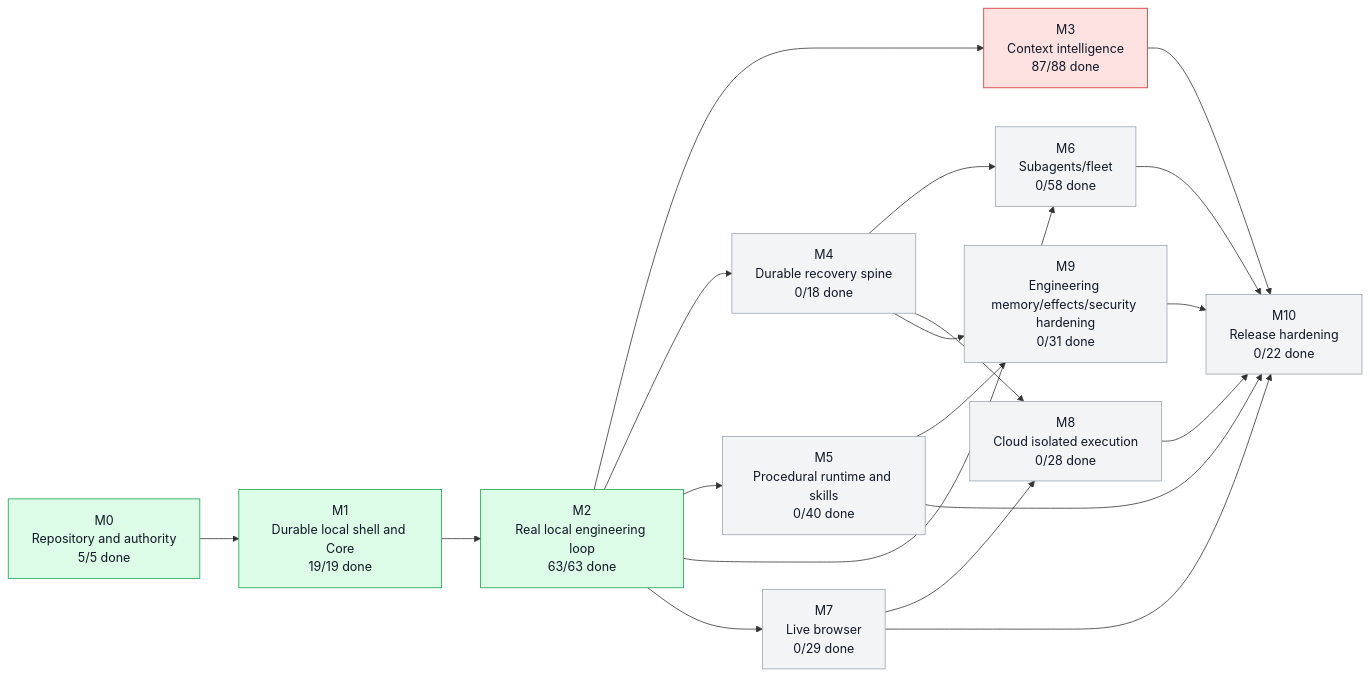
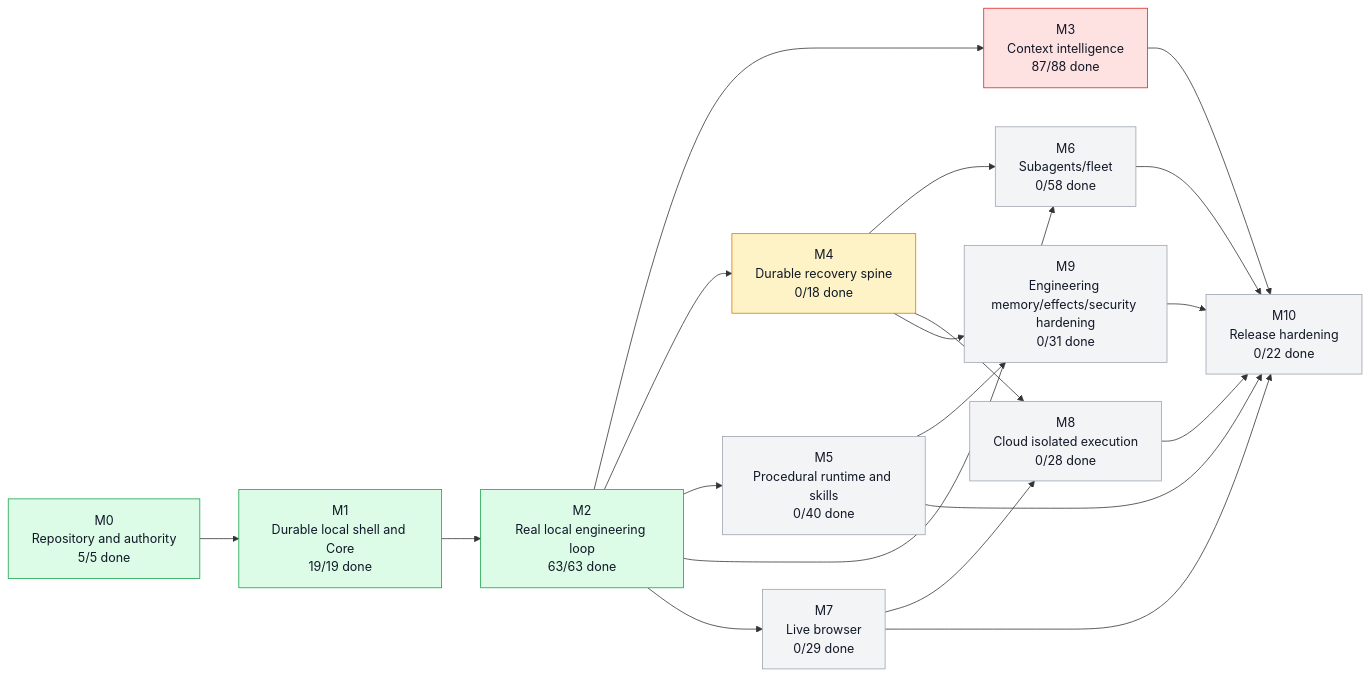
The first of 5 diagrams in graph/PROJECT_GRAPH.md (moss101/modbit), drawn with Mermaid before and after one commit. The commit also changed other lines of this file and 39 other files, not shown here.

````diff
--- a/graph/PROJECT_GRAPH.md
+++ b/graph/PROJECT_GRAPH.md
@@ -57,43 +57,43 @@
 ```mermaid
 flowchart LR
   M0["M0<br/>Repository and authority<br/>5/5 done"]
   M1["M1<br/>Durable local shell and Core<br/>19/19 done"]
   M2["M2<br/>Real local engineering loop<br/>63/63 done"]
   M3["M3<br/>Context intelligence<br/>87/88 done"]
   M4["M4<br/>Durable recovery spine<br/>0/18 done"]
   M5["M5<br/>Procedural runtime and skills<br/>0/40 done"]
   M6["M6<br/>Subagents/fleet<br/>0/58 done"]
   M7["M7<br/>Live browser<br/>0/29 done"]
   M8["M8<br/>Cloud isolated execution<br/>0/28 done"]
   M9["M9<br/>Engineering memory/effects/security hardening<br/>0/31 done"]
   M10["M10<br/>Release hardening<br/>0/22 done"]
   M0 --> M1
   M1 --> M2
   M2 --> M3
   M2 --> M4
   M2 --> M5
   M2 --> M6
   M4 --> M6
   M2 --> M7
   M4 --> M8
   M7 --> M8
   M4 --> M9
   M5 --> M9
   M3 --> M10
   M5 --> M10
   M6 --> M10
   M7 --> M10
   M8 --> M10
   M9 --> M10
   style M0 fill:#dcfce7,stroke:#16a34a,color:#111827
   style M1 fill:#dcfce7,stroke:#16a34a,color:#111827
   style M2 fill:#dcfce7,stroke:#16a34a,color:#111827
   style M3 fill:#fee2e2,stroke:#dc2626,color:#111827
-  style M4 fill:#f3f4f6,stroke:#9ca3af,color:#111827
+  style M4 fill:#fef3c7,stroke:#d97706,color:#111827
   style M5 fill:#f3f4f6,stroke:#9ca3af,color:#111827
   style M6 fill:#f3f4f6,stroke:#9ca3af,color:#111827
   style M7 fill:#f3f4f6,stroke:#9ca3af,color:#111827
   style M8 fill:#f3f4f6,stroke:#9ca3af,color:#111827
   style M9 fill:#f3f4f6,stroke:#9ca3af,color:#111827
   style M10 fill:#f3f4f6,stroke:#9ca3af,color:#111827
 ```
````
